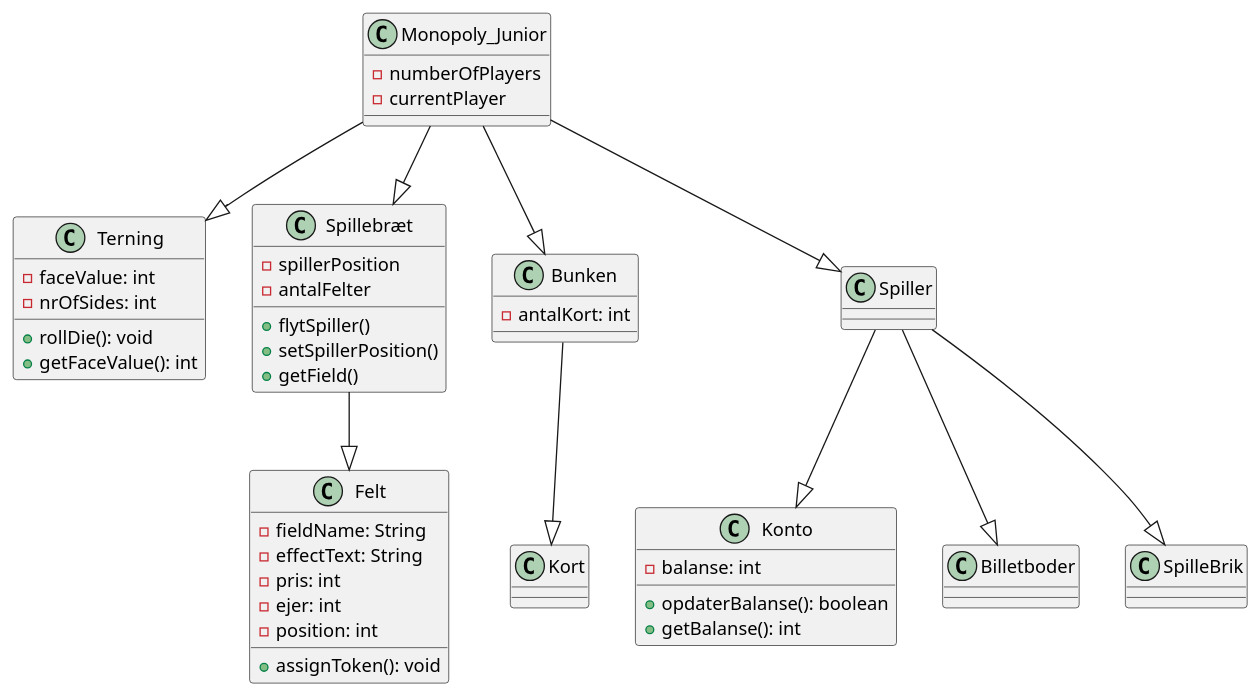
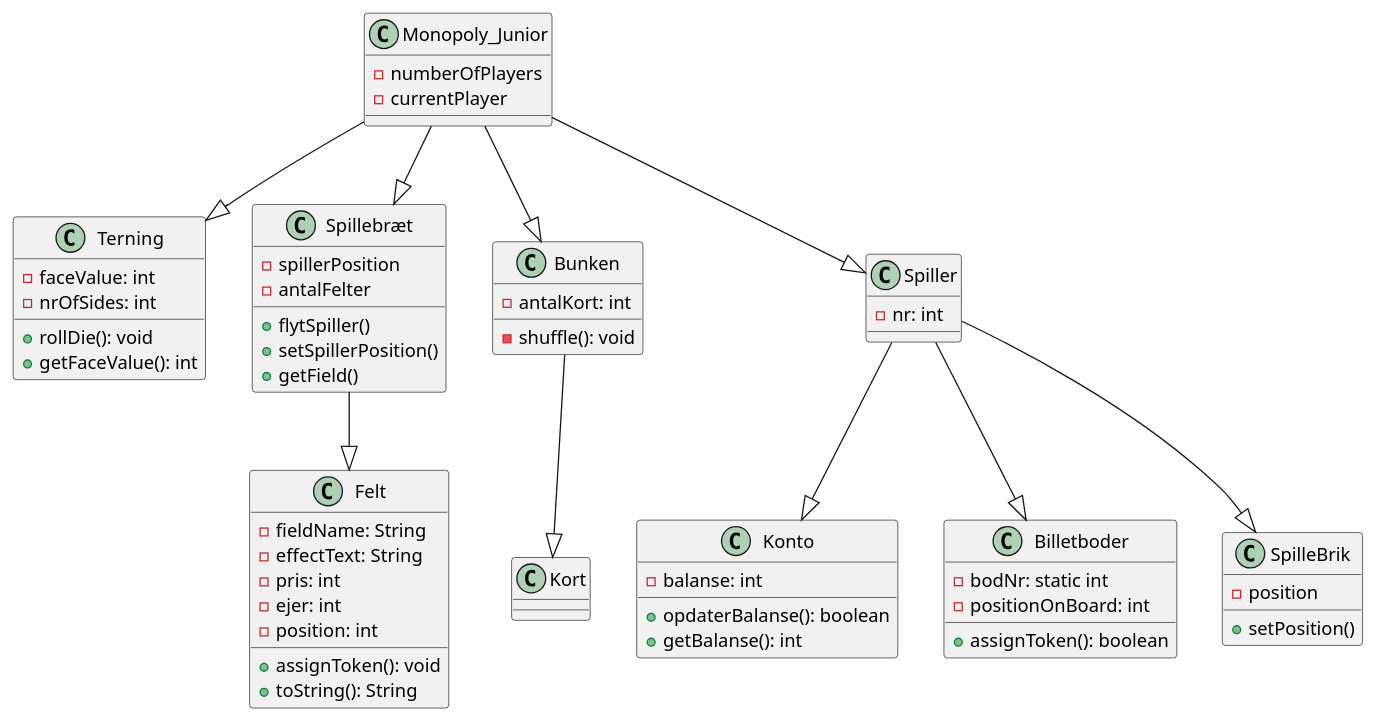
Before and after one commit to Greve2001/CDIO3: the diagram in diagrams/Design klasse diagram.puml, drawn with PlantUML.

Commit message:
opdateret klasse diagram

```diff
--- a/diagrams/Design klasse diagram.puml
+++ b/diagrams/Design klasse diagram.puml
@@ -1,75 +1,94 @@
 @startuml
 'https://plantuml.com/class-diagram
 
 class "Monopoly_Junior" as Game
 class Terning
 class Spillebræt
 class Felt
 class Bunken
 class Kort
 class Spiller
 class Konto
 class Billetboder
 class SpilleBrik
 
 Game --|> Terning
 Game --|> Bunken
 Game --|> Spiller
 Game --|> Spillebræt
 Spillebræt --|> Felt
 Spiller --|> Billetboder
 Spiller --|> Konto
 Spiller --|> SpilleBrik
 Bunken --|> Kort
 
 class Game {
     -numberOfPlayers
     -currentPlayer
 }
 
 class Terning {
     -faceValue: int
     -nrOfSides: int
     +rollDie(): void
     +getFaceValue(): int
 }
 
 class Spillebræt {
     -spillerPosition
     -antalFelter
     +flytSpiller()
     +setSpillerPosition()
     +getField()
 }
 
 class Felt {
     -fieldName: String
     -effectText: String
     -pris: int
     -ejer: int
     -position: int
 
     +assignToken(): void
+    +toString(): String
 
 }
 
 class Kort {
 
 }
 
+'opdaterBalanse() er lavet som boolean, for at kunne returnere hvis en spiller går bankerot'
 class Konto {
     -balanse: int
     +opdaterBalanse(): boolean
     +getBalanse(): int
 }
 
 class Bunken {
     -antalKort: int
+    -shuffle(): void
 
+}
+
+class Spiller {
+    -nr: int
+}
+
+class SpilleBrik {
+    -position
+    +setPosition()
+}
+
+'assignToken er lavet som boolean return i tilfælde af at der ikke er flere tokens'
+class Billetboder {
+    -bodNr: static int
+    -positionOnBoard: int
+    +assignToken(): boolean
 }
 
 
 
 
 
 @enduml
```
